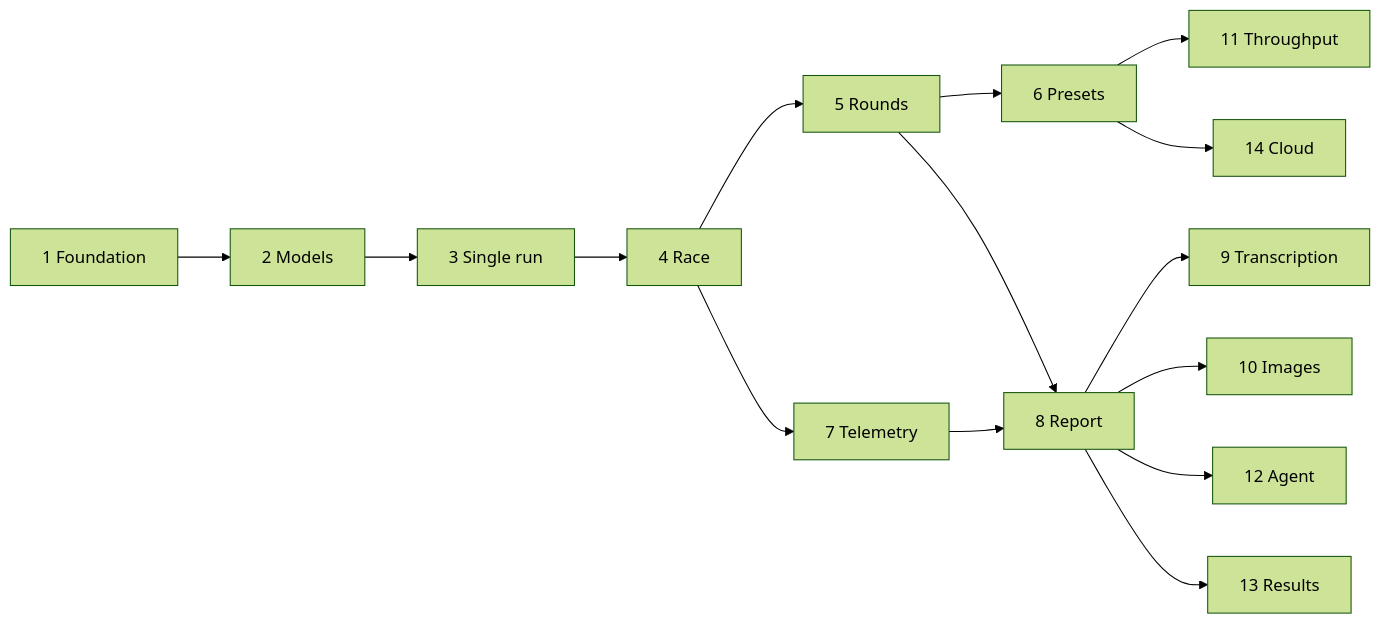
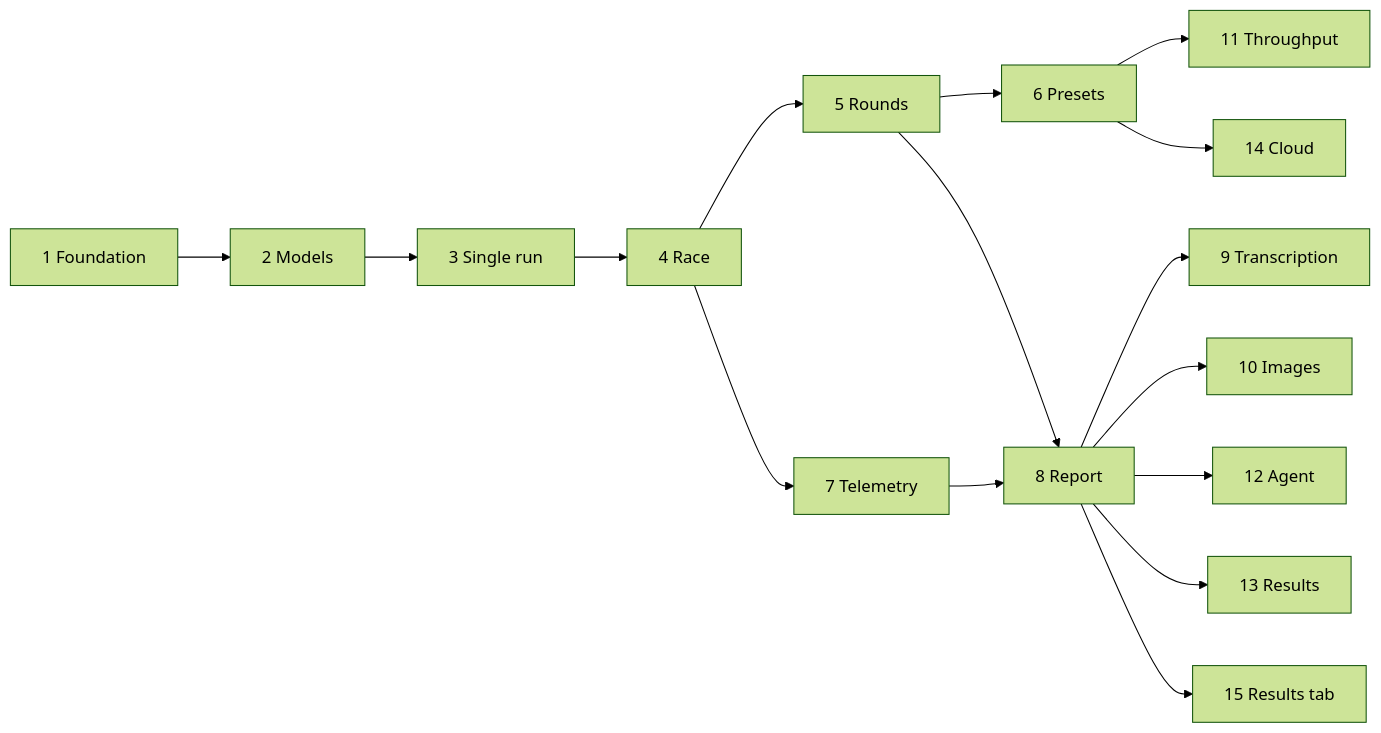
One commit to mnmohtasham/llm-head-to-head-benchmark changed the diagram in ROADMAP.md. Above: the diagram before and after it, drawn with Mermaid (forest theme). The commit also changed other lines of this file and 17 other files, not shown here.

First line of the commit message:
Phase 15: Results tab

````diff
--- a/ROADMAP.md
+++ b/ROADMAP.md
@@ -82,14 +84,15 @@
 ```mermaid
 flowchart LR
   P1[1 Foundation] --> P2[2 Models] --> P3[3 Single run] --> P4[4 Race]
   P4 --> P5[5 Rounds] --> P6[6 Presets]
   P4 --> P7[7 Telemetry]
   P5 --> P8[8 Report]
   P7 --> P8
   P8 --> P9[9 Transcription]
   P8 --> P10[10 Images]
   P6 --> P11[11 Throughput]
   P8 --> P12[12 Agent]
   P8 --> P13[13 Results]
   P6 --> P14[14 Cloud]
+  P8 --> P15[15 Results tab]
 ```
````
